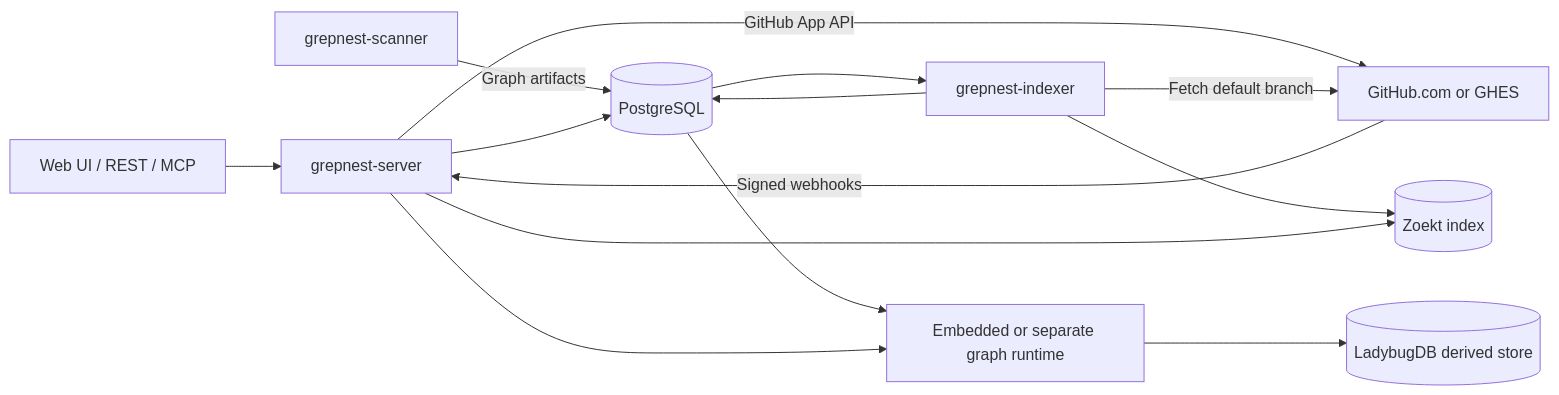
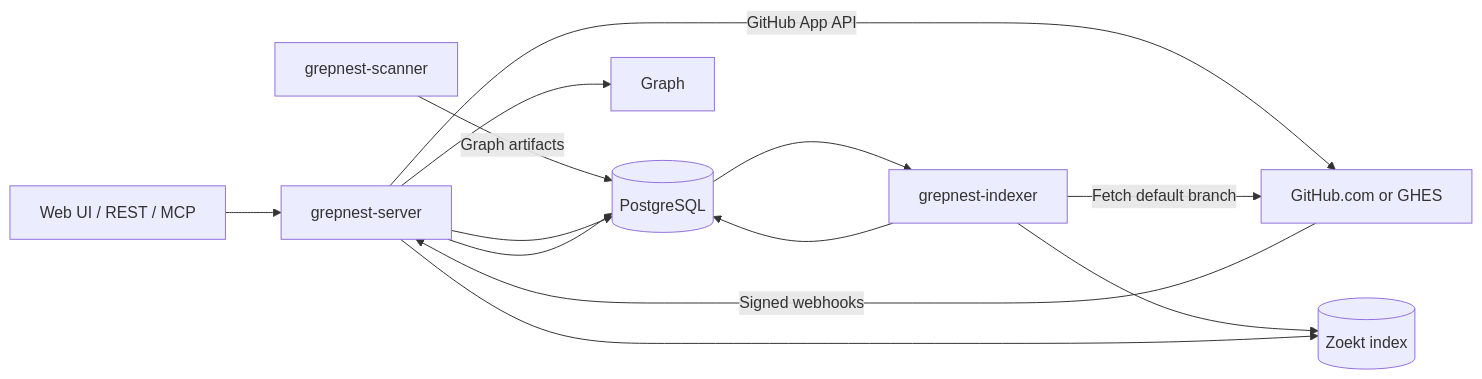
Before and after one commit to balcsida/graphnest: the diagram in README.md, drawn with Mermaid. The commit also changed other lines of this file and 84 other files, not shown here.

Commit message:
refactor(graph): remove LadybugDB

````diff
--- a/README.md
+++ b/README.md
@@ -40,19 +40,18 @@
 ```mermaid
 flowchart LR
     Client[Web UI / REST / MCP] --> Server[grepnest-server]
 
     Server -->|GitHub App API| GitHub[GitHub.com or GHES]
     GitHub -->|Signed webhooks| Server
     Indexer[grepnest-indexer] -->|Fetch default branch| GitHub
     Scanner[grepnest-scanner] -->|Graph artifacts| Postgres[(PostgreSQL)]
 
     Server --> Postgres
     Indexer --> Postgres
     Postgres --> Indexer
     Indexer --> Zoekt[(Zoekt index)]
     Server --> Zoekt
 
-    Postgres --> Graph[Embedded or separate graph runtime]
-    Graph --> Ladybug[(LadybugDB derived store)]
+    Server --> Postgres
     Server --> Graph
 ```
````
